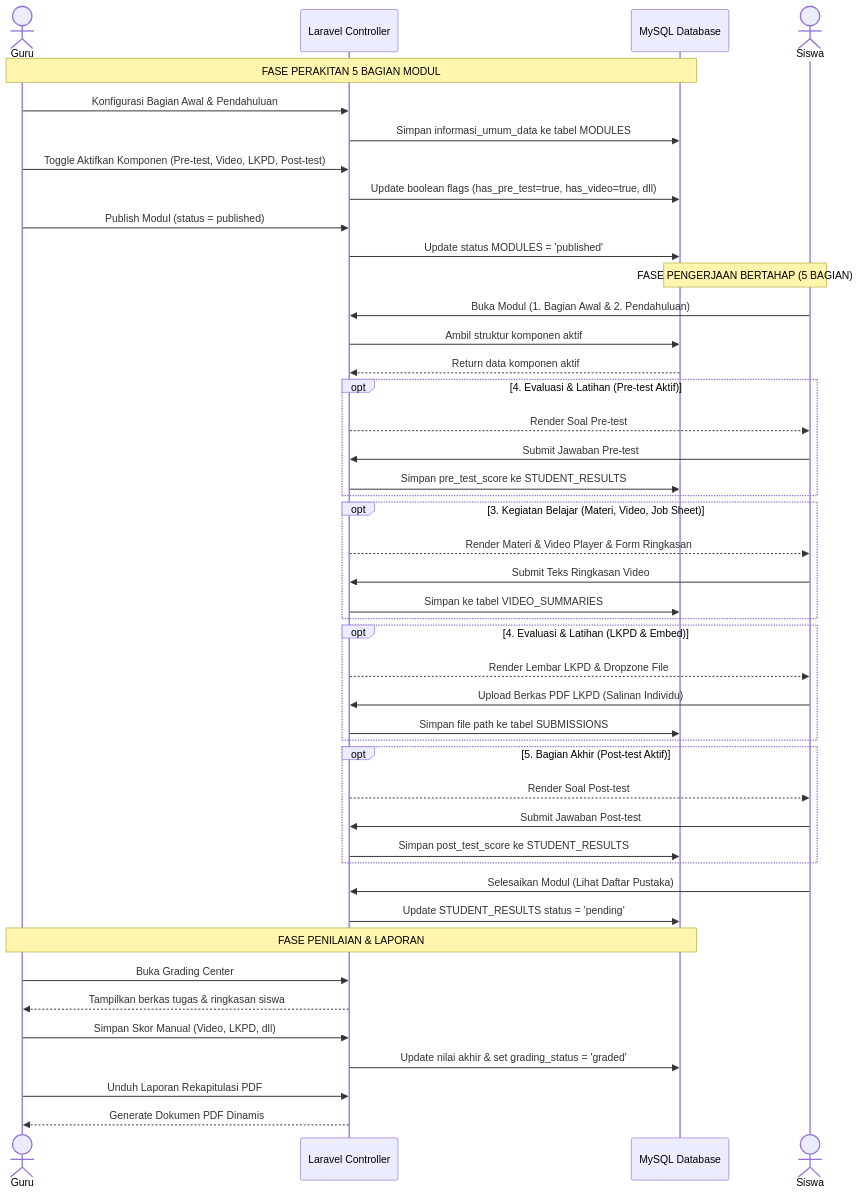
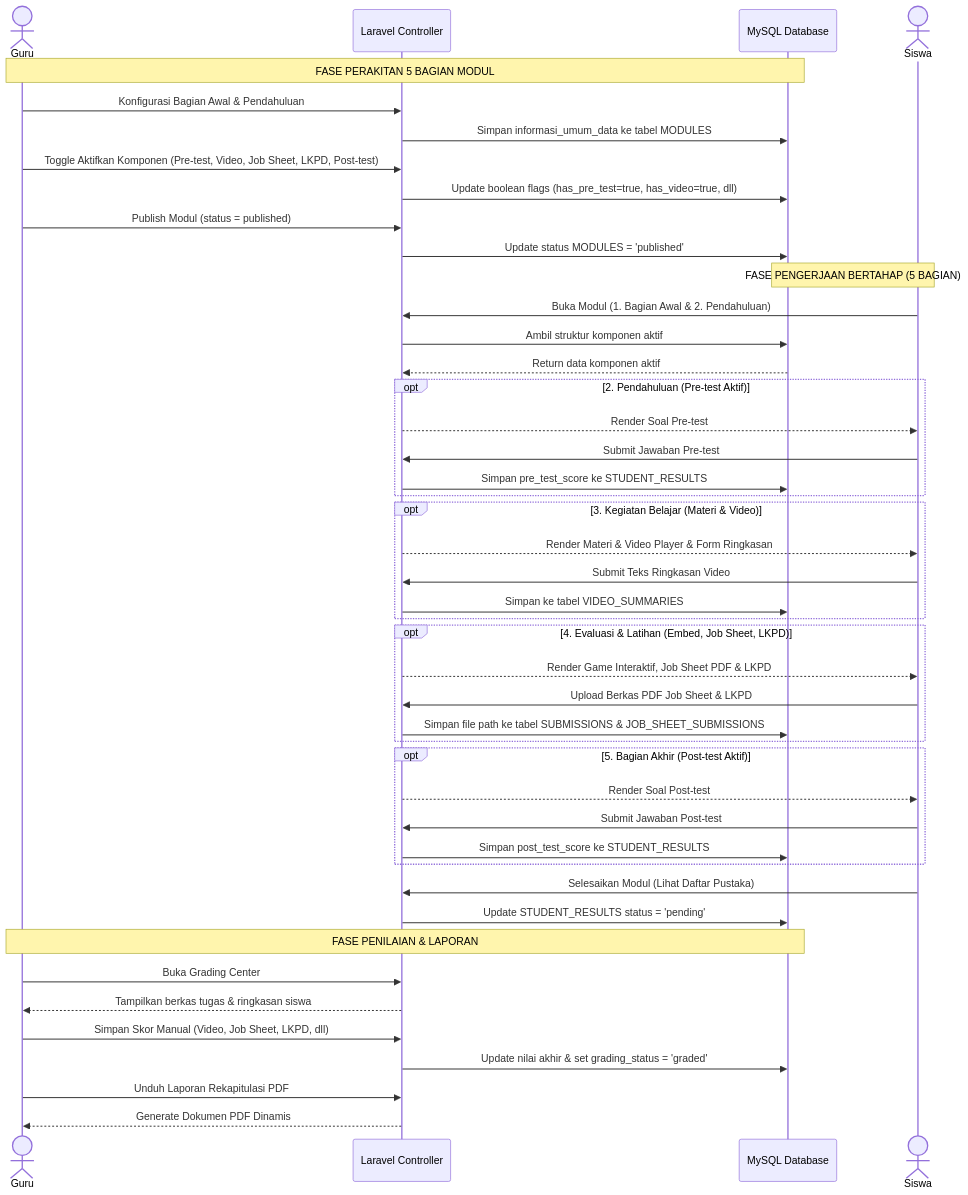
One commit to AdiLamunedo21/e-modul changed the first of 2 diagrams in prd.md. Above: the diagram before and after it, drawn with Mermaid. The commit also changed other lines of this file and 4 other files, not shown here.

````diff
--- a/prd.md
+++ b/prd.md
@@ -199,55 +218,55 @@
 ```mermaid
 sequenceDiagram
     actor Guru
     participant Server as Laravel Controller
     participant DB as MySQL Database
     actor Siswa
 
     Note over Guru, DB: FASE PERAKITAN 5 BAGIAN MODUL
     Guru->>Server: Konfigurasi Bagian Awal & Pendahuluan
     Server->>DB: Simpan informasi_umum_data ke tabel MODULES
-    Guru->>Server: Toggle Aktifkan Komponen (Pre-test, Video, LKPD, Post-test)
+    Guru->>Server: Toggle Aktifkan Komponen (Pre-test, Video, Job Sheet, LKPD, Post-test)
     Server->>DB: Update boolean flags (has_pre_test=true, has_video=true, dll)
     Guru->>Server: Publish Modul (status = published)
     Server->>DB: Update status MODULES = 'published'
 
     Note over Siswa, DB: FASE PENGERJAAN BERTAHAP (5 BAGIAN)
     Siswa->>Server: Buka Modul (1. Bagian Awal & 2. Pendahuluan)
     Server->>DB: Ambil struktur komponen aktif
     DB-->>Server: Return data komponen aktif
     
-    opt 4. Evaluasi & Latihan (Pre-test Aktif)
+    opt 2. Pendahuluan (Pre-test Aktif)
         Server-->>Siswa: Render Soal Pre-test
         Siswa->>Server: Submit Jawaban Pre-test
         Server->>DB: Simpan pre_test_score ke STUDENT_RESULTS
     end
 
-    opt 3. Kegiatan Belajar (Materi, Video, Job Sheet)
+    opt 3. Kegiatan Belajar (Materi & Video)
         Server-->>Siswa: Render Materi & Video Player & Form Ringkasan
         Siswa->>Server: Submit Teks Ringkasan Video
         Server->>DB: Simpan ke tabel VIDEO_SUMMARIES
     end
 
-    opt 4. Evaluasi & Latihan (LKPD & Embed)
-        Server-->>Siswa: Render Lembar LKPD & Dropzone File
-        Siswa->>Server: Upload Berkas PDF LKPD (Salinan Individu)
-        Server->>DB: Simpan file path ke tabel SUBMISSIONS
+    opt 4. Evaluasi & Latihan (Embed, Job Sheet, LKPD)
+        Server-->>Siswa: Render Game Interaktif, Job Sheet PDF & LKPD
+        Siswa->>Server: Upload Berkas PDF Job Sheet & LKPD
+        Server->>DB: Simpan file path ke tabel SUBMISSIONS & JOB_SHEET_SUBMISSIONS
     end
 
     opt 5. Bagian Akhir (Post-test Aktif)
         Server-->>Siswa: Render Soal Post-test
         Siswa->>Server: Submit Jawaban Post-test
         Server->>DB: Simpan post_test_score ke STUDENT_RESULTS
     end
 
     Siswa->>Server: Selesaikan Modul (Lihat Daftar Pustaka)
     Server->>DB: Update STUDENT_RESULTS status = 'pending'
 
     Note over Guru, DB: FASE PENILAIAN & LAPORAN
     Guru->>Server: Buka Grading Center
     Server-->>Guru: Tampilkan berkas tugas & ringkasan siswa
-    Guru->>Server: Simpan Skor Manual (Video, LKPD, dll)
+    Guru->>Server: Simpan Skor Manual (Video, Job Sheet, LKPD, dll)
     Server->>DB: Update nilai akhir & set grading_status = 'graded'
     Guru->>Server: Unduh Laporan Rekapitulasi PDF
     Server-->>Guru: Generate Dokumen PDF Dinamis
 ```
````
